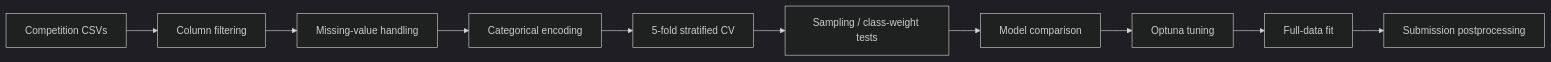
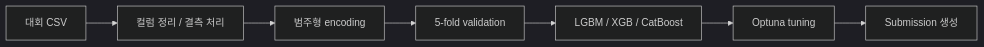
The diagram in README.md (scnelMG/LG_AImers_6th_pregnancy_prediction), drawn with Mermaid (dark theme) before and after one commit. The commit also changed other lines of this file, not shown here.

````diff
--- a/README.md
+++ b/README.md
@@ -78,12 +52,9 @@
 ```mermaid
 flowchart LR
-    A["Competition CSVs"] --> B["Column filtering"]
-    B --> C["Missing-value handling"]
-    C --> D["Categorical encoding"]
-    D --> E["5-fold stratified CV"]
-    E --> F["Sampling / class-weight tests"]
-    F --> G["Model comparison"]
-    G --> H["Optuna tuning"]
-    H --> I["Full-data fit"]
-    I --> J["Submission postprocessing"]
+    A["대회 CSV"] --> B["컬럼 정리 / 결측 처리"]
+    B --> C["범주형 encoding"]
+    C --> D["5-fold validation"]
+    D --> E["LGBM / XGB / CatBoost"]
+    E --> F["Optuna tuning"]
+    F --> G["Submission 생성"]
 ```
````
